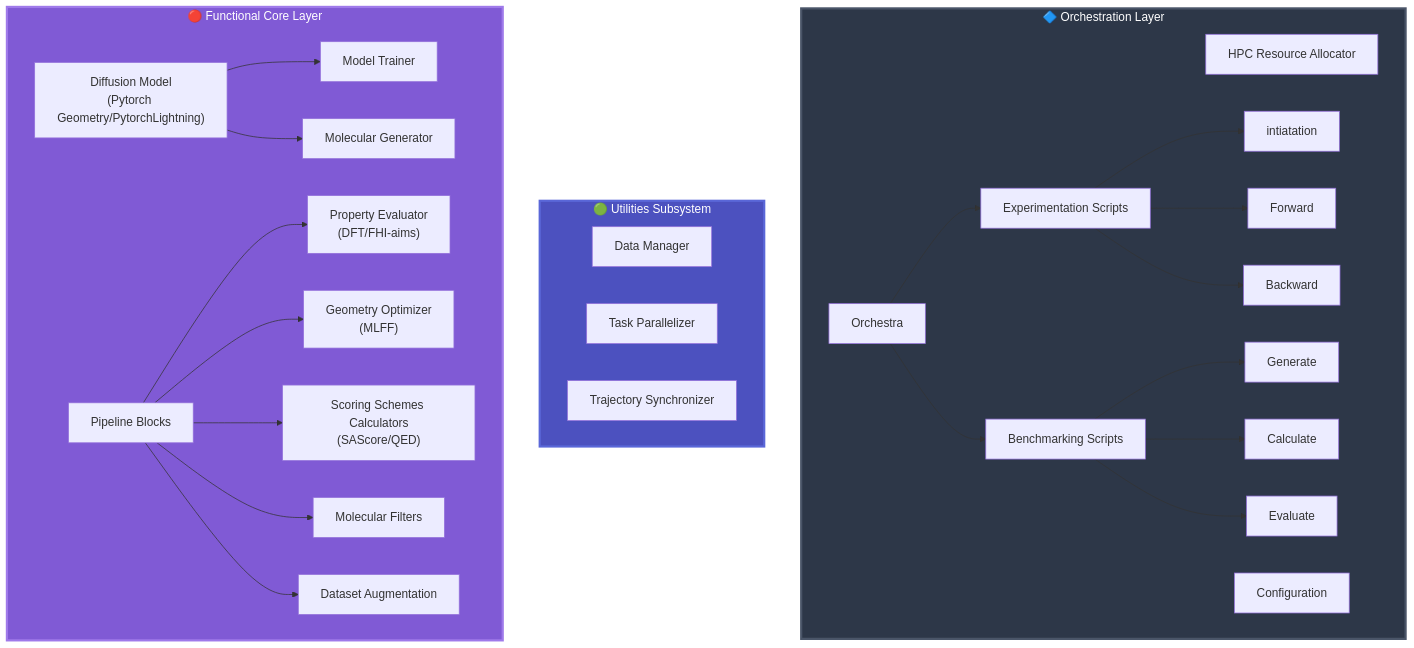
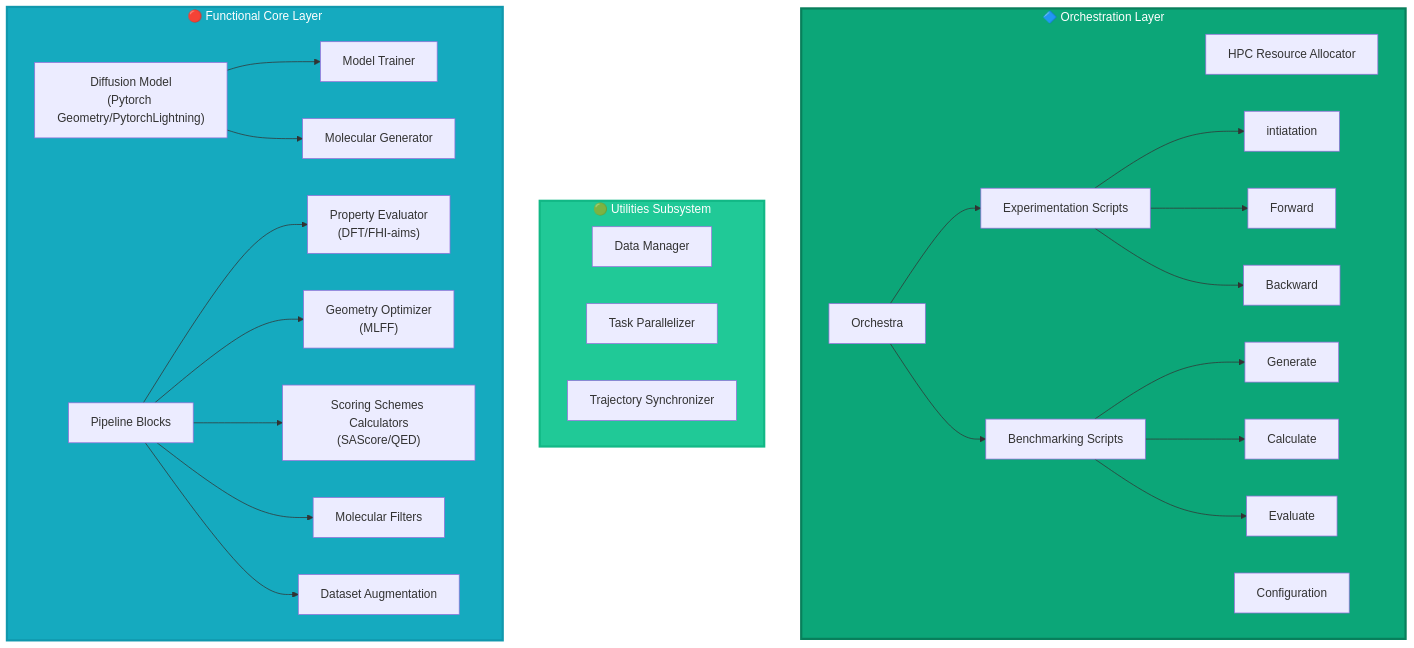
The second of 2 diagrams in README.md (lmedranos/qalpa), drawn with Mermaid before and after one commit.

Commit message:
Change color styles in README.md
Updated color styles for orchestration, utilities, and functional sections.

````diff
--- a/README.md
+++ b/README.md
@@ -97,56 +97,56 @@
 ```mermaid
 graph TB
     subgraph orchestration["🔷 Orchestration Layer"]
         hpc["HPC Resource Allocator"]
         config["Configuration"]
         orc["Orchestra"]
         Expsc["Experimentation Scripts"]
         initsc["intiatation"]
         forsc["Forward"]
         bacsc["Backward"]
         Evalsc["Benchmarking Scripts"]
         gensc["Generate"]
         calsc["Calculate"]
         evalsc["Evaluate"]
 
     end
 
     Expsc --> initsc
     Expsc --> forsc
     Expsc --> bacsc
     Evalsc --> gensc
     Evalsc --> calsc
     Evalsc --> evalsc
     orc --> Expsc
     orc --> Evalsc
    
 
     subgraph utilities["🟢 Utilities Subsystem"]
         data["Data Manager"]
         parallel["Task Parallelizer"]
         sync["Trajectory Synchronizer"]
     end
     
     subgraph functional["🔴 Functional Core Layer"]
         Diff["Diffusion Model<br/>(Pytorch Geometry/PytorchLightning)"]
         train["Model Trainer"]
         gen["Molecular Generator"]
         Pipeb["Pipeline Blocks"]
         eval["Property Evaluator<br/>(DFT/FHI-aims)"]
         opt["Geometry Optimizer<br/>(MLFF)"]
         sco["Scoring Schemes Calculators<br/>(SAScore/QED)"]
         sel["Molecular Filters"]
         Aug["Dataset Augmentation"]
     end
     Diff --> train
     Diff --> gen
     Pipeb --> eval
     Pipeb --> opt
     Pipeb --> sco
     Pipeb --> sel
     Pipeb --> Aug
     
-    style orchestration fill:#2d3748,stroke:#4a5568,stroke-width: 3px,color:#fff
-    style utilities fill:#4c51bf,stroke:#5a67d8,stroke-width:3px,color:#fff
-    style functional fill:#805ad5,stroke:#9f7aea,stroke-width: 3px,color:#fff
+    style orchestration fill:#0ca678,stroke:#087f5b,stroke-width:3px,color:#fff
+    style utilities fill:#20c997,stroke:#12b886,stroke-width:3px,color:#fff
+    style functional fill:#15aabf,stroke:#1098ad,stroke-width:3px,color:#fff
 ```
````
